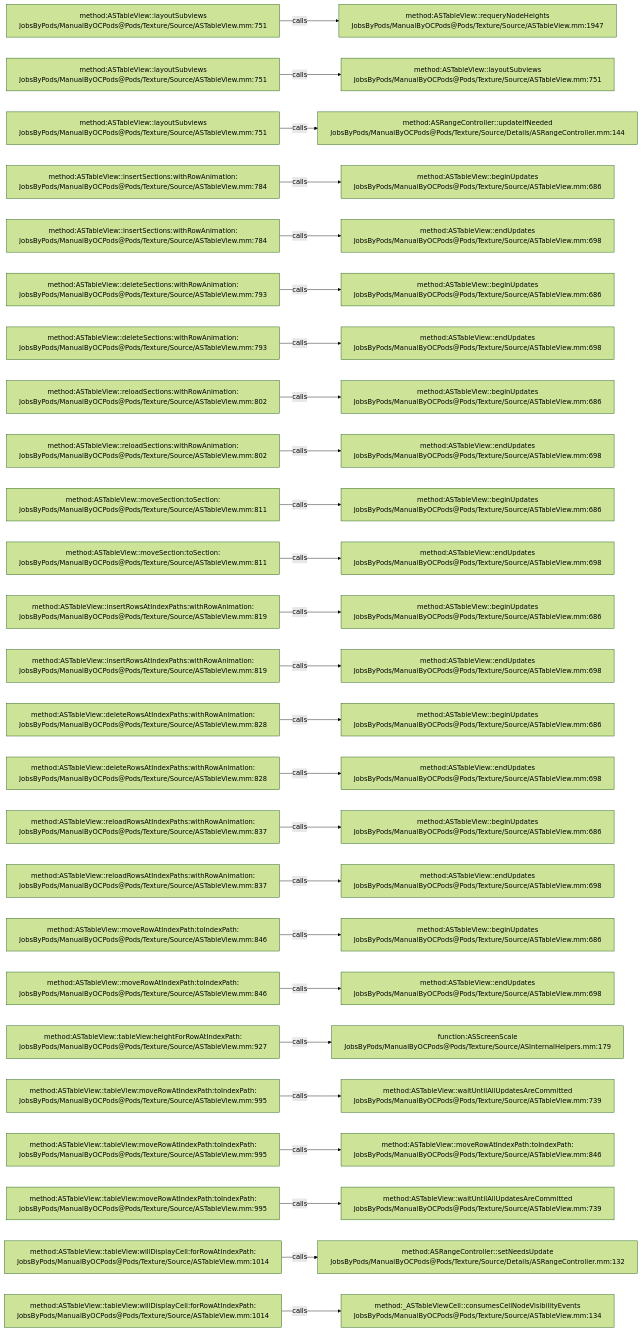
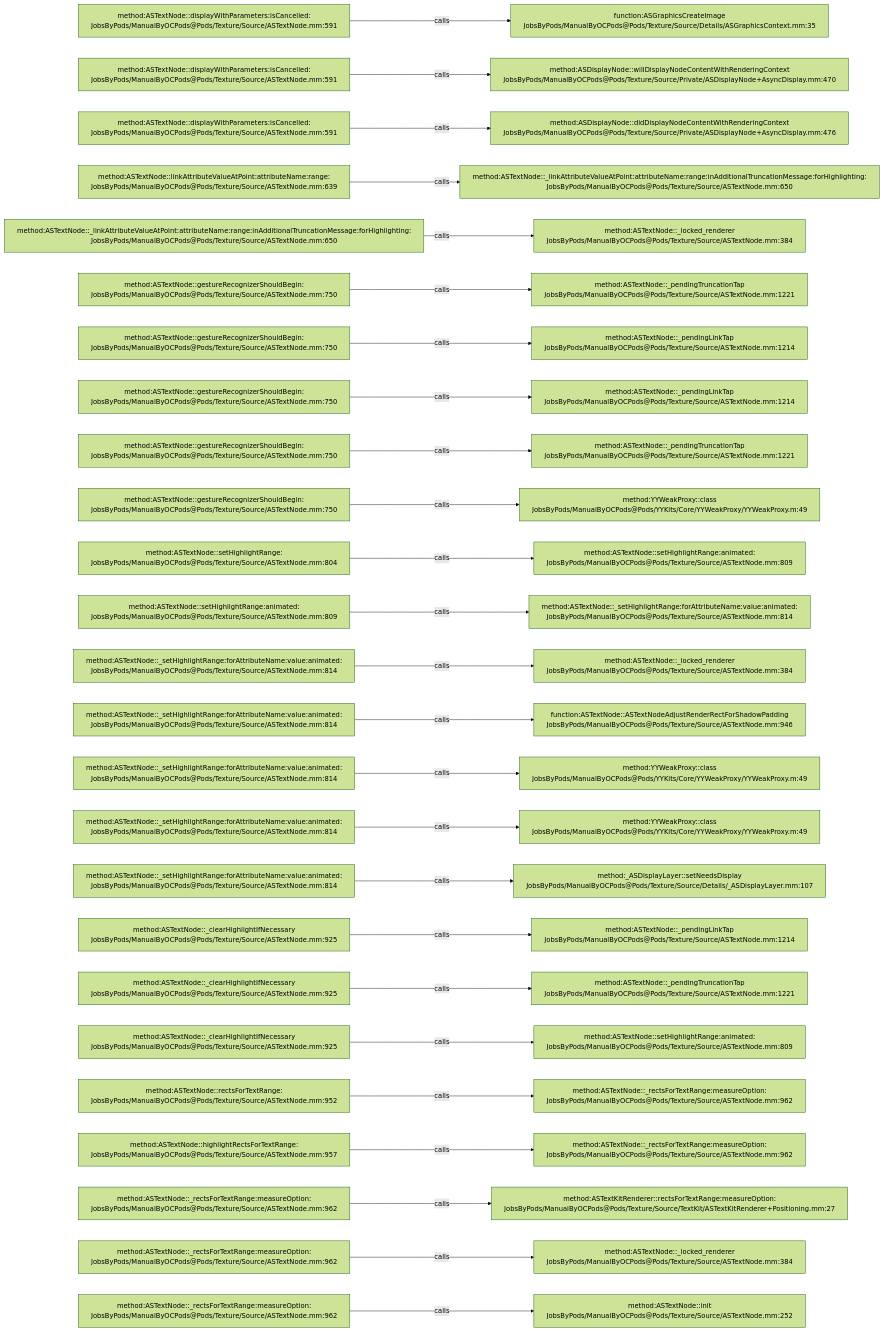
One commit to JobsKits/JobsOCBaseConfigDemo changed the diagram in .codegraph/codegraph.md/graphs/calls-120.md. Above: the diagram before and after it, drawn with Mermaid (forest theme). The commit also changed 2723 other files, not shown here.

````diff
--- a/.codegraph/codegraph.md/graphs/calls-120.md
+++ b/.codegraph/codegraph.md/graphs/calls-120.md
@@ -13,78 +13,78 @@
 ```mermaid
 flowchart LR
-  S1["method:ASTableView::layoutSubviews<br/>JobsByPods/ManualByOCPods@Pods/Texture/Source/ASTableView.mm:751"]
-  T1["method:ASTableView::requeryNodeHeights<br/>JobsByPods/ManualByOCPods@Pods/Texture/Source/ASTableView.mm:1947"]
+  S1["method:ASTextNode::displayWithParameters:isCancelled:<br/>JobsByPods/ManualByOCPods@Pods/Texture/Source/ASTextNode.mm:591"]
+  T1["function:ASGraphicsCreateImage<br/>JobsByPods/ManualByOCPods@Pods/Texture/Source/Details/ASGraphicsContext.mm:35"]
   S1 -->|calls| T1
-  S2["method:ASTableView::layoutSubviews<br/>JobsByPods/ManualByOCPods@Pods/Texture/Source/ASTableView.mm:751"]
-  T2["method:ASTableView::layoutSubviews<br/>JobsByPods/ManualByOCPods@Pods/Texture/Source/ASTableView.mm:751"]
+  S2["method:ASTextNode::displayWithParameters:isCancelled:<br/>JobsByPods/ManualByOCPods@Pods/Texture/Source/ASTextNode.mm:591"]
+  T2["method:ASDisplayNode::willDisplayNodeContentWithRenderingContext<br/>JobsByPods/ManualByOCPods@Pods/Texture/Source/Private/ASDisplayNode+AsyncDisplay.mm:470"]
   S2 -->|calls| T2
-  S3["method:ASTableView::layoutSubviews<br/>JobsByPods/ManualByOCPods@Pods/Texture/Source/ASTableView.mm:751"]
-  T3["method:ASRangeController::updateIfNeeded<br/>JobsByPods/ManualByOCPods@Pods/Texture/Source/Details/ASRangeController.mm:144"]
+  S3["method:ASTextNode::displayWithParameters:isCancelled:<br/>JobsByPods/ManualByOCPods@Pods/Texture/Source/ASTextNode.mm:591"]
+  T3["method:ASDisplayNode::didDisplayNodeContentWithRenderingContext<br/>JobsByPods/ManualByOCPods@Pods/Texture/Source/Private/ASDisplayNode+AsyncDisplay.mm:476"]
   S3 -->|calls| T3
-  S4["method:ASTableView::insertSections:withRowAnimation:<br/>JobsByPods/ManualByOCPods@Pods/Texture/Source/ASTableView.mm:784"]
-  T4["method:ASTableView::beginUpdates<br/>JobsByPods/ManualByOCPods@Pods/Texture/Source/ASTableView.mm:686"]
+  S4["method:ASTextNode::linkAttributeValueAtPoint:attributeName:range:<br/>JobsByPods/ManualByOCPods@Pods/Texture/Source/ASTextNode.mm:639"]
+  T4["method:ASTextNode::_linkAttributeValueAtPoint:attributeName:range:inAdditionalTruncationMessage:forHighlighting:<br/>JobsByPods/ManualByOCPods@Pods/Texture/Source/ASTextNode.mm:650"]
   S4 -->|calls| T4
-  S5["method:ASTableView::insertSections:withRowAnimation:<br/>JobsByPods/ManualByOCPods@Pods/Texture/Source/ASTableView.mm:784"]
-  T5["method:ASTableView::endUpdates<br/>JobsByPods/ManualByOCPods@Pods/Texture/Source/ASTableView.mm:698"]
+  S5["method:ASTextNode::_linkAttributeValueAtPoint:attributeName:range:inAdditionalTruncationMessage:forHighlighting:<br/>JobsByPods/ManualByOCPods@Pods/Texture/Source/ASTextNode.mm:650"]
+  T5["method:ASTextNode::_locked_renderer<br/>JobsByPods/ManualByOCPods@Pods/Texture/Source/ASTextNode.mm:384"]
   S5 -->|calls| T5
-  S6["method:ASTableView::deleteSections:withRowAnimation:<br/>JobsByPods/ManualByOCPods@Pods/Texture/Source/ASTableView.mm:793"]
-  T6["method:ASTableView::beginUpdates<br/>JobsByPods/ManualByOCPods@Pods/Texture/Source/ASTableView.mm:686"]
+  S6["method:ASTextNode::gestureRecognizerShouldBegin:<br/>JobsByPods/ManualByOCPods@Pods/Texture/Source/ASTextNode.mm:750"]
+  T6["method:ASTextNode::_pendingTruncationTap<br/>JobsByPods/ManualByOCPods@Pods/Texture/Source/ASTextNode.mm:1221"]
   S6 -->|calls| T6
-  S7["method:ASTableView::deleteSections:withRowAnimation:<br/>JobsByPods/ManualByOCPods@Pods/Texture/Source/ASTableView.mm:793"]
-  T7["method:ASTableView::endUpdates<br/>JobsByPods/ManualByOCPods@Pods/Texture/Source/ASTableView.mm:698"]
+  S7["method:ASTextNode::gestureRecognizerShouldBegin:<br/>JobsByPods/ManualByOCPods@Pods/Texture/Source/ASTextNode.mm:750"]
+  T7["method:ASTextNode::_pendingLinkTap<br/>JobsByPods/ManualByOCPods@Pods/Texture/Source/ASTextNode.mm:1214"]
   S7 -->|calls| T7
-  S8["method:ASTableView::reloadSections:withRowAnimation:<br/>JobsByPods/ManualByOCPods@Pods/Texture/Source/ASTableView.mm:802"]
-  T8["method:ASTableView::beginUpdates<br/>JobsByPods/ManualByOCPods@Pods/Texture/Source/ASTableView.mm:686"]
+  S8["method:ASTextNode::gestureRecognizerShouldBegin:<br/>JobsByPods/ManualByOCPods@Pods/Texture/Source/ASTextNode.mm:750"]
+  T8["method:ASTextNode::_pendingLinkTap<br/>JobsByPods/ManualByOCPods@Pods/Texture/Source/ASTextNode.mm:1214"]
   S8 -->|calls| T8
-  S9["method:ASTableView::reloadSections:withRowAnimation:<br/>JobsByPods/ManualByOCPods@Pods/Texture/Source/ASTableView.mm:802"]
-  T9["method:ASTableView::endUpdates<br/>JobsByPods/ManualByOCPods@Pods/Texture/Source/ASTableView.mm:698"]
+  S9["method:ASTextNode::gestureRecognizerShouldBegin:<br/>JobsByPods/ManualByOCPods@Pods/Texture/Source/ASTextNode.mm:750"]
+  T9["method:ASTextNode::_pendingTruncationTap<br/>JobsByPods/ManualByOCPods@Pods/Texture/Source/ASTextNode.mm:1221"]
   S9 -->|calls| T9
-  S10["method:ASTableView::moveSection:toSection:<br/>JobsByPods/ManualByOCPods@Pods/Texture/Source/ASTableView.mm:811"]
-  T10["method:ASTableView::beginUpdates<br/>JobsByPods/ManualByOCPods@Pods/Texture/Source/ASTableView.mm:686"]
+  S10["method:ASTextNode::gestureRecognizerShouldBegin:<br/>JobsByPods/ManualByOCPods@Pods/Texture/Source/ASTextNode.mm:750"]
+  T10["method:YYWeakProxy::class<br/>JobsByPods/ManualByOCPods@Pods/YYKits/Core/YYWeakProxy/YYWeakProxy.m:49"]
   S10 -->|calls| T10
-  S11["method:ASTableView::moveSection:toSection:<br/>JobsByPods/ManualByOCPods@Pods/Texture/Source/ASTableView.mm:811"]
-  T11["method:ASTableView::endUpdates<br/>JobsByPods/ManualByOCPods@Pods/Texture/Source/ASTableView.mm:698"]
+  S11["method:ASTextNode::setHighlightRange:<br/>JobsByPods/ManualByOCPods@Pods/Texture/Source/ASTextNode.mm:804"]
+  T11["method:ASTextNode::setHighlightRange:animated:<br/>JobsByPods/ManualByOCPods@Pods/Texture/Source/ASTextNode.mm:809"]
   S11 -->|calls| T11
-  S12["method:ASTableView::insertRowsAtIndexPaths:withRowAnimation:<br/>JobsByPods/ManualByOCPods@Pods/Texture/Source/ASTableView.mm:819"]
-  T12["method:ASTableView::beginUpdates<br/>JobsByPods/ManualByOCPods@Pods/Texture/Source/ASTableView.mm:686"]
+  S12["method:ASTextNode::setHighlightRange:animated:<br/>JobsByPods/ManualByOCPods@Pods/Texture/Source/ASTextNode.mm:809"]
+  T12["method:ASTextNode::_setHighlightRange:forAttributeName:value:animated:<br/>JobsByPods/ManualByOCPods@Pods/Texture/Source/ASTextNode.mm:814"]
   S12 -->|calls| T12
-  S13["method:ASTableView::insertRowsAtIndexPaths:withRowAnimation:<br/>JobsByPods/ManualByOCPods@Pods/Texture/Source/ASTableView.mm:819"]
-  T13["method:ASTableView::endUpdates<br/>JobsByPods/ManualByOCPods@Pods/Texture/Source/ASTableView.mm:698"]
+  S13["method:ASTextNode::_setHighlightRange:forAttributeName:value:animated:<br/>JobsByPods/ManualByOCPods@Pods/Texture/Source/ASTextNode.mm:814"]
+  T13["method:ASTextNode::_locked_renderer<br/>JobsByPods/ManualByOCPods@Pods/Texture/Source/ASTextNode.mm:384"]
   S13 -->|calls| T13
-  S14["method:ASTableView::deleteRowsAtIndexPaths:withRowAnimation:<br/>JobsByPods/ManualByOCPods@Pods/Texture/Source/ASTableView.mm:828"]
-  T14["method:ASTableView::beginUpdates<br/>JobsByPods/ManualByOCPods@Pods/Texture/Source/ASTableView.mm:686"]
+  S14["method:ASTextNode::_setHighlightRange:forAttributeName:value:animated:<br/>JobsByPods/ManualByOCPods@Pods/Texture/Source/ASTextNode.mm:814"]
+  T14["function:ASTextNode::ASTextNodeAdjustRenderRectForShadowPadding<br/>JobsByPods/ManualByOCPods@Pods/Texture/Source/ASTextNode.mm:946"]
   S14 -->|calls| T14
-  S15["method:ASTableView::deleteRowsAtIndexPaths:withRowAnimation:<br/>JobsByPods/ManualByOCPods@Pods/Texture/Source/ASTableView.mm:828"]
-  T15["method:ASTableView::endUpdates<br/>JobsByPods/ManualByOCPods@Pods/Texture/Source/ASTableView.mm:698"]
+  S15["method:ASTextNode::_setHighlightRange:forAttributeName:value:animated:<br/>JobsByPods/ManualByOCPods@Pods/Texture/Source/ASTextNode.mm:814"]
+  T15["method:YYWeakProxy::class<br/>JobsByPods/ManualByOCPods@Pods/YYKits/Core/YYWeakProxy/YYWeakProxy.m:49"]
   S15 -->|calls| T15
-  S16["method:ASTableView::reloadRowsAtIndexPaths:withRowAnimation:<br/>JobsByPods/ManualByOCPods@Pods/Texture/Source/ASTableView.mm:837"]
-  T16["method:ASTableView::beginUpdates<br/>JobsByPods/ManualByOCPods@Pods/Texture/Source/ASTableView.mm:686"]
+  S16["method:ASTextNode::_setHighlightRange:forAttributeName:value:animated:<br/>JobsByPods/ManualByOCPods@Pods/Texture/Source/ASTextNode.mm:814"]
+  T16["method:YYWeakProxy::class<br/>JobsByPods/ManualByOCPods@Pods/YYKits/Core/YYWeakProxy/YYWeakProxy.m:49"]
   S16 -->|calls| T16
-  S17["method:ASTableView::reloadRowsAtIndexPaths:withRowAnimation:<br/>JobsByPods/ManualByOCPods@Pods/Texture/Source/ASTableView.mm:837"]
-  T17["method:ASTableView::endUpdates<br/>JobsByPods/ManualByOCPods@Pods/Texture/Source/ASTableView.mm:698"]
+  S17["method:ASTextNode::_setHighlightRange:forAttributeName:value:animated:<br/>JobsByPods/ManualByOCPods@Pods/Texture/Source/ASTextNode.mm:814"]
+  T17["method:_ASDisplayLayer::setNeedsDisplay<br/>JobsByPods/ManualByOCPods@Pods/Texture/Source/Details/_ASDisplayLayer.mm:107"]
   S17 -->|calls| T17
-  S18["method:ASTableView::moveRowAtIndexPath:toIndexPath:<br/>JobsByPods/ManualByOCPods@Pods/Texture/Source/ASTableView.mm:846"]
-  T18["method:ASTableView::beginUpdates<br/>JobsByPods/ManualByOCPods@Pods/Texture/Source/ASTableView.mm:686"]
+  S18["method:ASTextNode::_clearHighlightIfNecessary<br/>JobsByPods/ManualByOCPods@Pods/Texture/Source/ASTextNode.mm:925"]
+  T18["method:ASTextNode::_pendingLinkTap<br/>JobsByPods/ManualByOCPods@Pods/Texture/Source/ASTextNode.mm:1214"]
   S18 -->|calls| T18
-  S19["method:ASTableView::moveRowAtIndexPath:toIndexPath:<br/>JobsByPods/ManualByOCPods@Pods/Texture/Source/ASTableView.mm:846"]
-  T19["method:ASTableView::endUpdates<br/>JobsByPods/ManualByOCPods@Pods/Texture/Source/ASTableView.mm:698"]
+  S19["method:ASTextNode::_clearHighlightIfNecessary<br/>JobsByPods/ManualByOCPods@Pods/Texture/Source/ASTextNode.mm:925"]
+  T19["method:ASTextNode::_pendingTruncationTap<br/>JobsByPods/ManualByOCPods@Pods/Texture/Source/ASTextNode.mm:1221"]
   S19 -->|calls| T19
-  S20["method:ASTableView::tableView:heightForRowAtIndexPath:<br/>JobsByPods/ManualByOCPods@Pods/Texture/Source/ASTableView.mm:927"]
-  T20["function:ASScreenScale<br/>JobsByPods/ManualByOCPods@Pods/Texture/Source/ASInternalHelpers.mm:179"]
+  S20["method:ASTextNode::_clearHighlightIfNecessary<br/>JobsByPods/ManualByOCPods@Pods/Texture/Source/ASTextNode.mm:925"]
+  T20["method:ASTextNode::setHighlightRange:animated:<br/>JobsByPods/ManualByOCPods@Pods/Texture/Source/ASTextNode.mm:809"]
   S20 -->|calls| T20
-  S21["method:ASTableView::tableView:moveRowAtIndexPath:toIndexPath:<br/>JobsByPods/ManualByOCPods@Pods/Texture/Source/ASTableView.mm:995"]
-  T21["method:ASTableView::waitUntilAllUpdatesAreCommitted<br/>JobsByPods/ManualByOCPods@Pods/Texture/Source/ASTableView.mm:739"]
+  S21["method:ASTextNode::rectsForTextRange:<br/>JobsByPods/ManualByOCPods@Pods/Texture/Source/ASTextNode.mm:952"]
+  T21["method:ASTextNode::_rectsForTextRange:measureOption:<br/>JobsByPods/ManualByOCPods@Pods/Texture/Source/ASTextNode.mm:962"]
   S21 -->|calls| T21
-  S22["method:ASTableView::tableView:moveRowAtIndexPath:toIndexPath:<br/>JobsByPods/ManualByOCPods@Pods/Texture/Source/ASTableView.mm:995"]
-  T22["method:ASTableView::moveRowAtIndexPath:toIndexPath:<br/>JobsByPods/ManualByOCPods@Pods/Texture/Source/ASTableView.mm:846"]
+  S22["method:ASTextNode::highlightRectsForTextRange:<br/>JobsByPods/ManualByOCPods@Pods/Texture/Source/ASTextNode.mm:957"]
+  T22["method:ASTextNode::_rectsForTextRange:measureOption:<br/>JobsByPods/ManualByOCPods@Pods/Texture/Source/ASTextNode.mm:962"]
   S22 -->|calls| T22
-  S23["method:ASTableView::tableView:moveRowAtIndexPath:toIndexPath:<br/>JobsByPods/ManualByOCPods@Pods/Texture/Source/ASTableView.mm:995"]
-  T23["method:ASTableView::waitUntilAllUpdatesAreCommitted<br/>JobsByPods/ManualByOCPods@Pods/Texture/Source/ASTableView.mm:739"]
+  S23["method:ASTextNode::_rectsForTextRange:measureOption:<br/>JobsByPods/ManualByOCPods@Pods/Texture/Source/ASTextNode.mm:962"]
+  T23["method:ASTextKitRenderer::rectsForTextRange:measureOption:<br/>JobsByPods/ManualByOCPods@Pods/Texture/Source/TextKit/ASTextKitRenderer+Positioning.mm:27"]
   S23 -->|calls| T23
-  S24["method:ASTableView::tableView:willDisplayCell:forRowAtIndexPath:<br/>JobsByPods/ManualByOCPods@Pods/Texture/Source/ASTableView.mm:1014"]
-  T24["method:ASRangeController::setNeedsUpdate<br/>JobsByPods/ManualByOCPods@Pods/Texture/Source/Details/ASRangeController.mm:132"]
+  S24["method:ASTextNode::_rectsForTextRange:measureOption:<br/>JobsByPods/ManualByOCPods@Pods/Texture/Source/ASTextNode.mm:962"]
+  T24["method:ASTextNode::_locked_renderer<br/>JobsByPods/ManualByOCPods@Pods/Texture/Source/ASTextNode.mm:384"]
   S24 -->|calls| T24
-  S25["method:ASTableView::tableView:willDisplayCell:forRowAtIndexPath:<br/>JobsByPods/ManualByOCPods@Pods/Texture/Source/ASTableView.mm:1014"]
-  T25["method:_ASTableViewCell::consumesCellNodeVisibilityEvents<br/>JobsByPods/ManualByOCPods@Pods/Texture/Source/ASTableView.mm:134"]
+  S25["method:ASTextNode::_rectsForTextRange:measureOption:<br/>JobsByPods/ManualByOCPods@Pods/Texture/Source/ASTextNode.mm:962"]
+  T25["method:ASTextNode::init<br/>JobsByPods/ManualByOCPods@Pods/Texture/Source/ASTextNode.mm:252"]
   S25 -->|calls| T25
 ```
````
